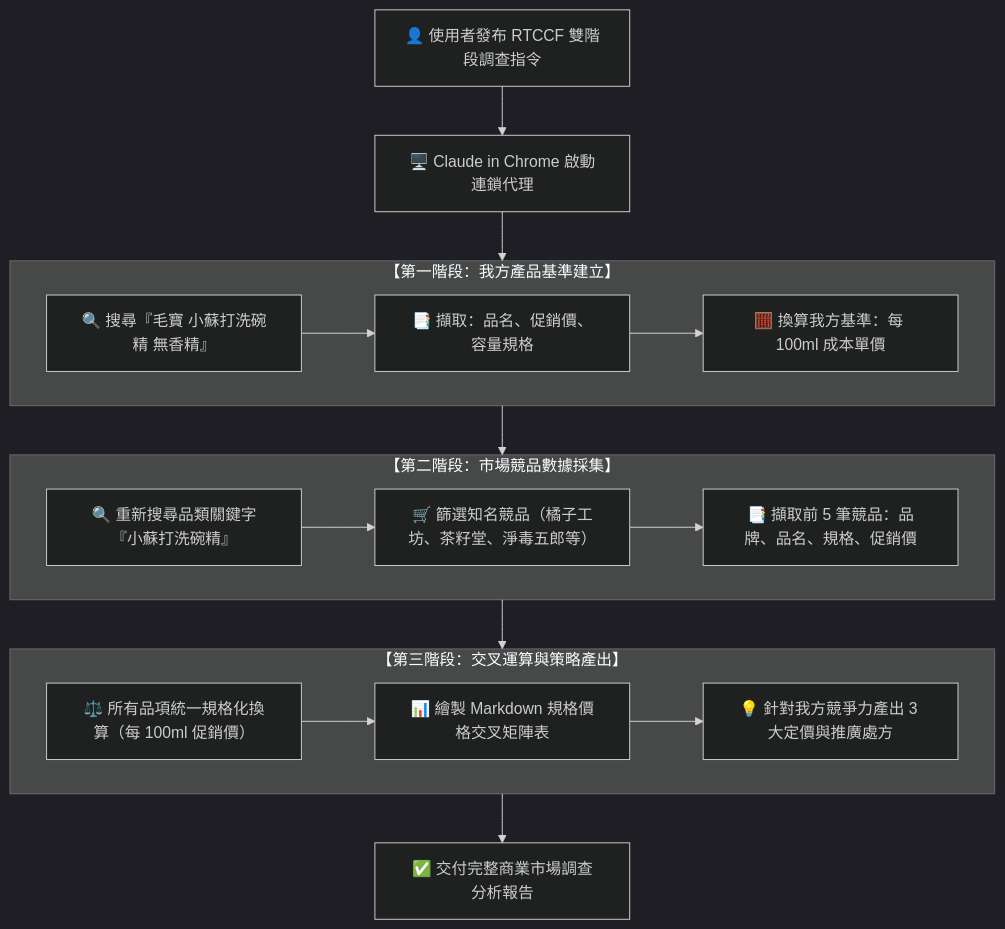
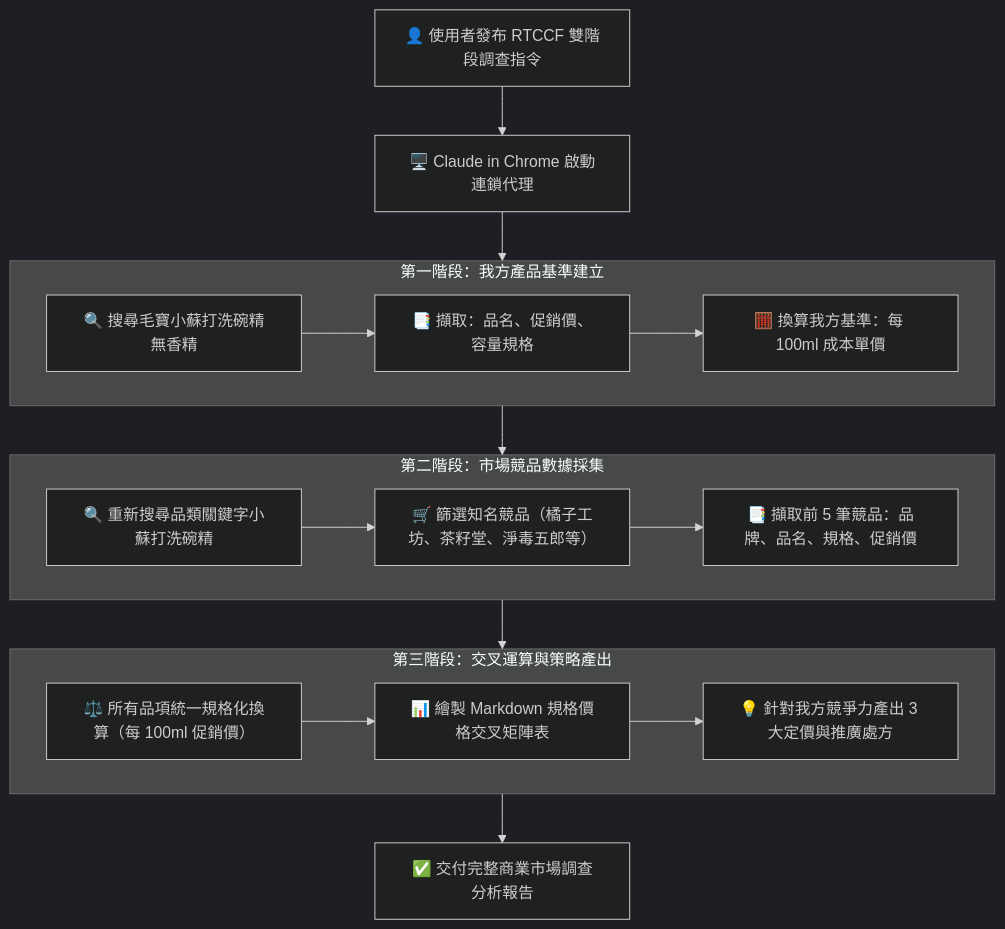
The diagram in Claude_ai/claude_in_chrome/Examples/03_Competitive_Market_Analysis/README.md (roberthsu2003/workflow-productivity), drawn with Mermaid (dark theme) before and after one commit. The commit also changed other lines of this file and 12 other files, not shown here.

````diff
--- a/Claude_ai/claude_in_chrome/Examples/03_Competitive_Market_Analysis/README.md
+++ b/Claude_ai/claude_in_chrome/Examples/03_Competitive_Market_Analysis/README.md
@@ -31,30 +31,30 @@
 ```mermaid
 flowchart TD
     User["👤 使用者發布 RTCCF 雙階段調查指令"] --> Claude["🖥️ Claude in Chrome 啟動連鎖代理"]
     
-    subgraph Stage1["【第一階段：我方產品基準建立】"]
-        S1_Search["🔍 搜尋『毛寶 小蘇打洗碗精 無香精』"]
+    subgraph Stage1["第一階段：我方產品基準建立"]
+        S1_Search["🔍 搜尋毛寶小蘇打洗碗精無香精"]
         S1_Extract["📑 擷取：品名、促銷價、容量規格"]
         S1_Calc["🧮 換算我方基準：每 100ml 成本單價"]
         S1_Search --> S1_Extract --> S1_Calc
     end
 
-    subgraph Stage2["【第二階段：市場競品數據採集】"]
-        S2_Search["🔍 重新搜尋品類關鍵字『小蘇打洗碗精』"]
+    subgraph Stage2["第二階段：市場競品數據採集"]
+        S2_Search["🔍 重新搜尋品類關鍵字小蘇打洗碗精"]
         S2_Filter["🛒 篩選知名競品（橘子工坊、茶籽堂、淨毒五郎等）"]
         S2_Extract["📑 擷取前 5 筆競品：品牌、品名、規格、促銷價"]
         S2_Search --> S2_Filter --> S2_Extract
     end
 
-    subgraph Stage3["【第三階段：交叉運算與策略產出】"]
+    subgraph Stage3["第三階段：交叉運算與策略產出"]
         S3_Normalize["⚖️ 所有品項統一規格化換算（每 100ml 促銷價）"]
         S3_Table["📊 繪製 Markdown 規格價格交叉矩陣表"]
         S3_Strategy["💡 針對我方競爭力產出 3 大定價與推廣處方"]
         S3_Normalize --> S3_Table --> S3_Strategy
     end
 
     Claude --> Stage1
     Stage1 --> Stage2
     Stage2 --> Stage3
     Stage3 --> Deliver["✅ 交付完整商業市場調查分析報告"]
 ```
````
